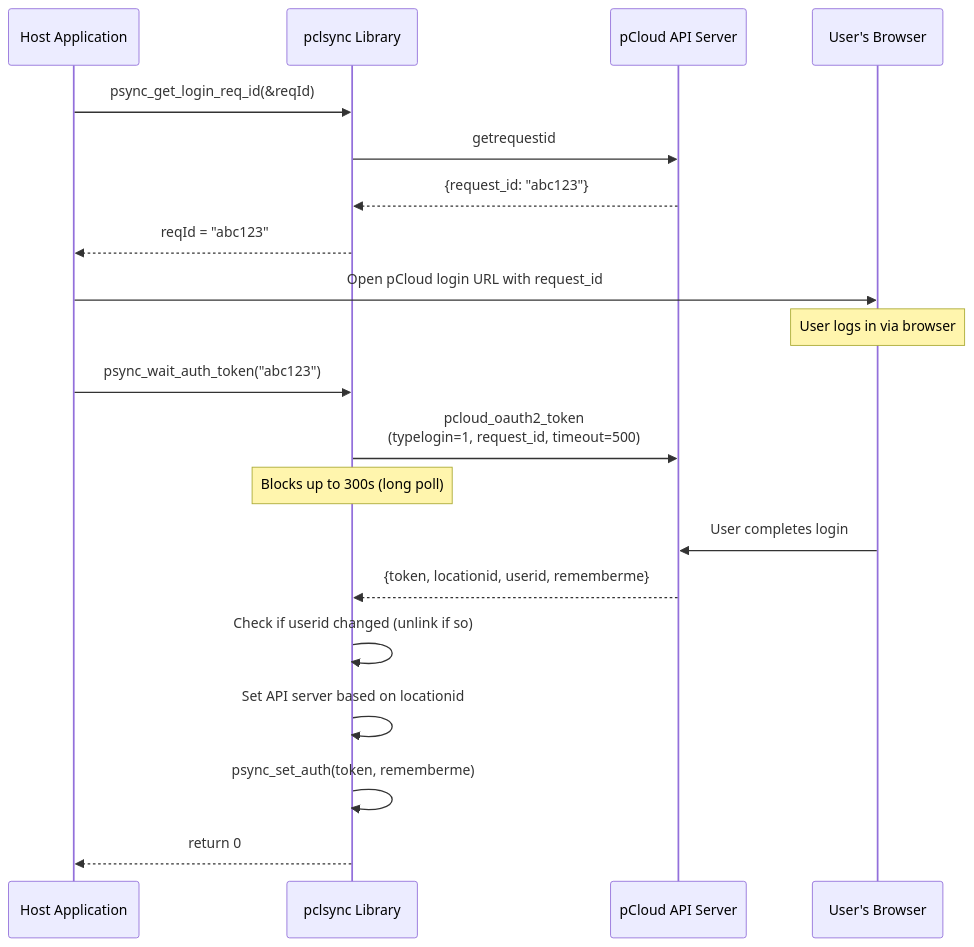
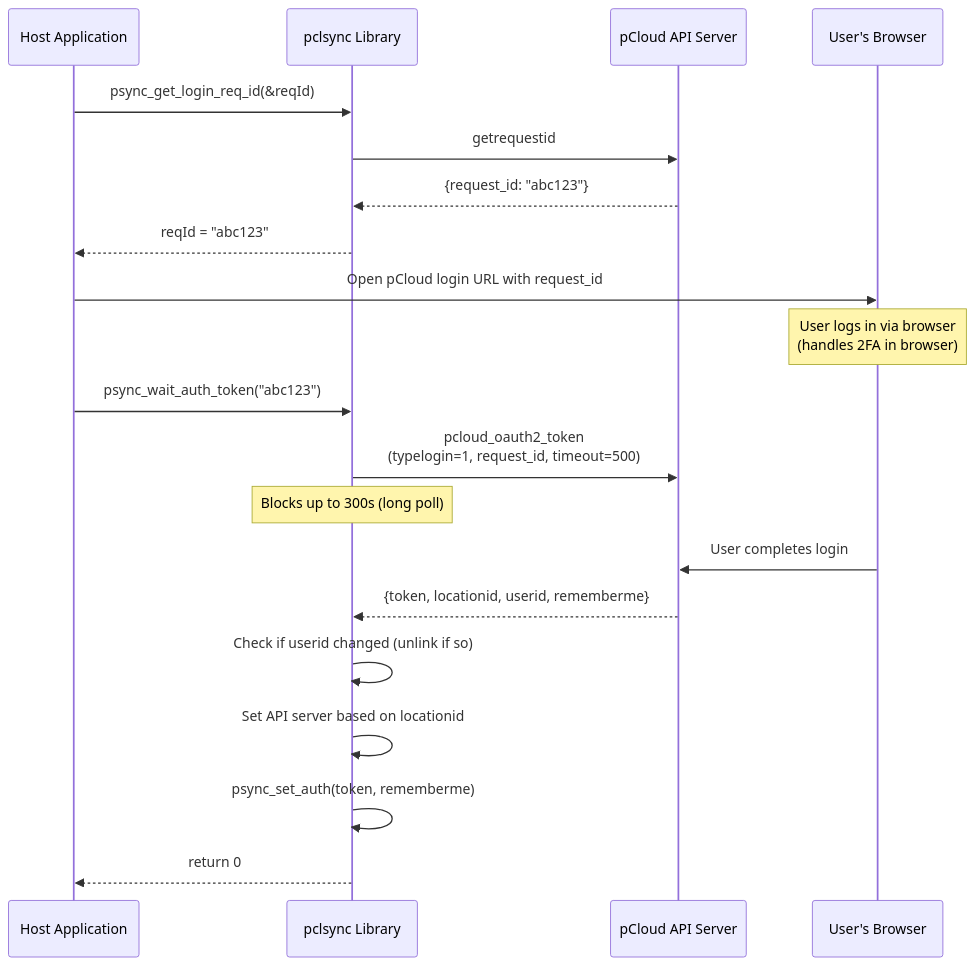
Before and after one commit to pCloud/pclsync: the first of 2 diagrams in docs/wiki/04-authentication.md, drawn with Mermaid. The commit also changed other lines of this file and 6 other files, not shown here.

````diff
--- a/docs/wiki/04-authentication.md
+++ b/docs/wiki/04-authentication.md
@@ -100,26 +55,26 @@
 ```mermaid
 sequenceDiagram
     participant App as Host Application
     participant Lib as pclsync Library
     participant API as pCloud API Server
     participant Browser as User's Browser
 
     App->>Lib: psync_get_login_req_id(&reqId)
     Lib->>API: getrequestid
     API-->>Lib: {request_id: "abc123"}
     Lib-->>App: reqId = "abc123"
 
     App->>Browser: Open pCloud login URL with request_id
-    Note over Browser: User logs in via browser
+    Note over Browser: User logs in via browser<br/>(handles 2FA in browser)
 
     App->>Lib: psync_wait_auth_token("abc123")
     Lib->>API: pcloud_oauth2_token<br/>(typelogin=1, request_id, timeout=500)
     Note over Lib: Blocks up to 300s (long poll)
     Browser->>API: User completes login
     API-->>Lib: {token, locationid, userid, rememberme}
 
     Lib->>Lib: Check if userid changed (unlink if so)
     Lib->>Lib: Set API server based on locationid
     Lib->>Lib: psync_set_auth(token, rememberme)
     Lib-->>App: return 0
 ```
````
